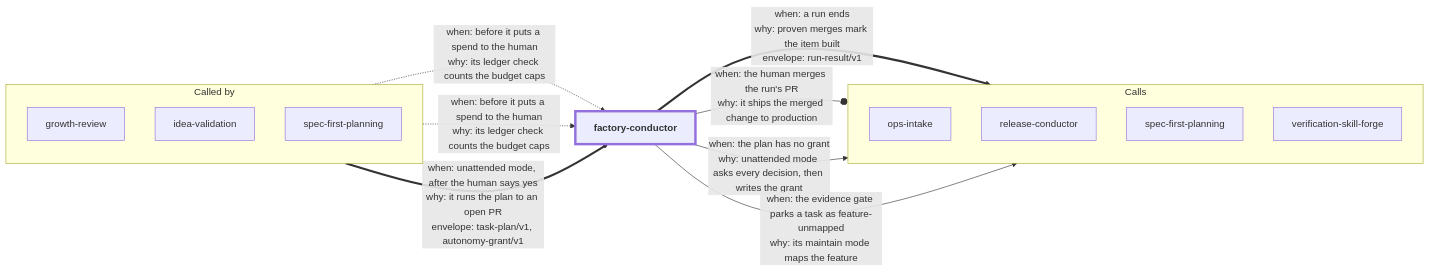
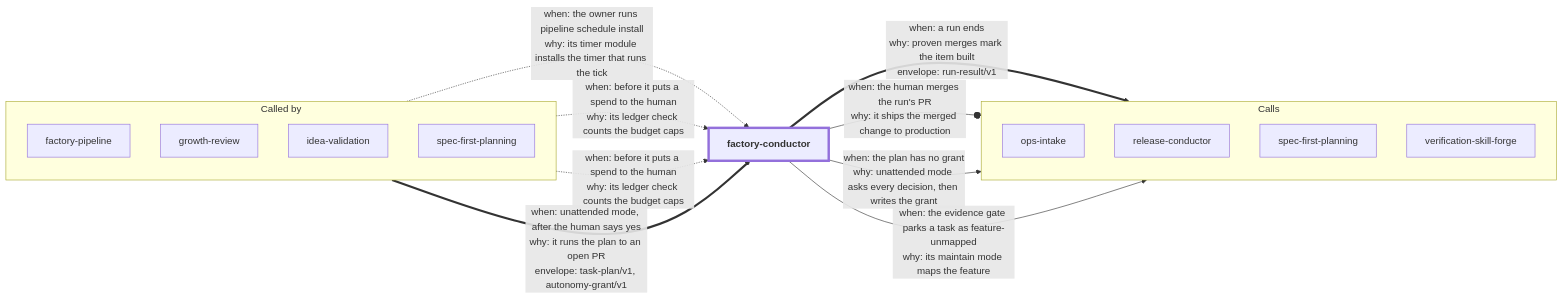
Before and after one commit to dhanesh/agent-skills: the diagram in factory-conductor/README.md, drawn with Mermaid. The commit also changed other lines of this file and 12 other files, not shown here.

First line of the commit message:
feat(factory-pipeline): pipeline schedule installs the tick's timer (R16)

````diff
--- a/factory-conductor/README.md
+++ b/factory-conductor/README.md
@@ -21,26 +21,28 @@
 ```mermaid
 flowchart LR
   subgraph callers["Called by"]
     direction TB
+    in_factory_pipeline["factory-pipeline"]
     in_growth_review["growth-review"]
     in_idea_validation["idea-validation"]
     in_spec_first_planning["spec-first-planning"]
   end
   self_factory_conductor["factory-conductor"]
   subgraph callees["Calls"]
     direction TB
     out_ops_intake["ops-intake"]
     out_release_conductor["release-conductor"]
     out_spec_first_planning["spec-first-planning"]
     out_verification_skill_forge["verification-skill-forge"]
   end
+  in_factory_pipeline -.->|"when: the owner runs pipeline schedule install<br/>why: its timer module installs the timer that runs the tick"| self_factory_conductor
   in_growth_review -.->|"when: before it puts a spend to the human<br/>why: its ledger check counts the budget caps"| self_factory_conductor
   in_idea_validation -.->|"when: before it puts a spend to the human<br/>why: its ledger check counts the budget caps"| self_factory_conductor
   in_spec_first_planning ==>|"when: unattended mode, after the human says yes<br/>why: it runs the plan to an open PR<br/>envelope: task-plan/v1, autonomy-grant/v1"| self_factory_conductor
   self_factory_conductor ==>|"when: a run ends<br/>why: proven merges mark the item built<br/>envelope: run-result/v1"| out_ops_intake
   self_factory_conductor --o|"when: the human merges the run's PR<br/>why: it ships the merged change to production"| out_release_conductor
   self_factory_conductor -->|"when: the plan has no grant<br/>why: unattended mode asks every decision, then writes the grant"| out_spec_first_planning
   self_factory_conductor -->|"when: the evidence gate parks a task as feature-unmapped<br/>why: its maintain mode maps the feature"| out_verification_skill_forge
   classDef self stroke-width:4px,font-weight:bold
   class self_factory_conductor self
 ```
````
